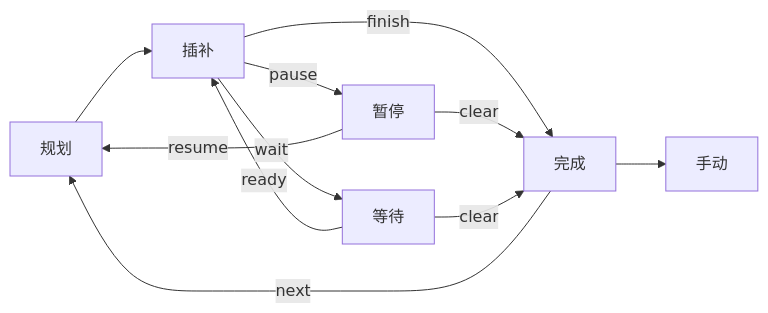
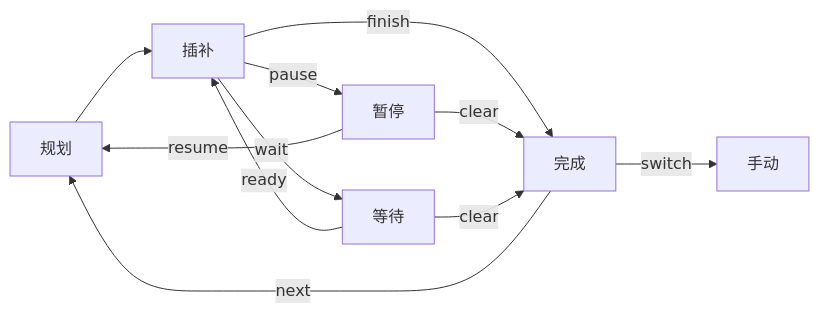
Before and after one commit to lazyshawn/NeoRobotController: the first of 2 diagrams in src/interpolation/README.md, drawn with Mermaid. The commit also changed other lines of this file and 8 other files, not shown here.

````diff
--- a/src/interpolation/README.md
+++ b/src/interpolation/README.md
@@ -18,18 +21,18 @@
 ```mermaid
 graph LR
     A[规划] --> B[插补]
     
     B --finish--> C[完成]
     C --next--> A
 
     B --wait--> D[等待]
     D --ready--> B
 
     B --pause--> E[暂停]
     E --resume--> A
 
-    C --> F[手动]
+    C --switch--> F[手动]
 
     E --clear--> C
     D --clear--> C
 ```
````
